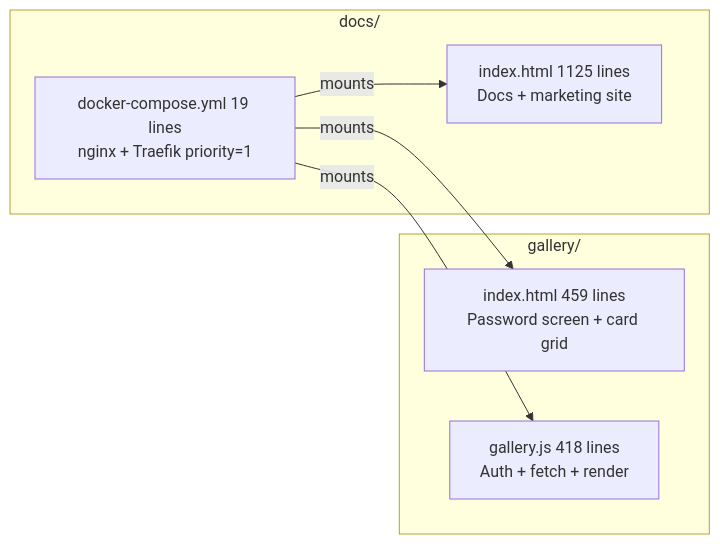
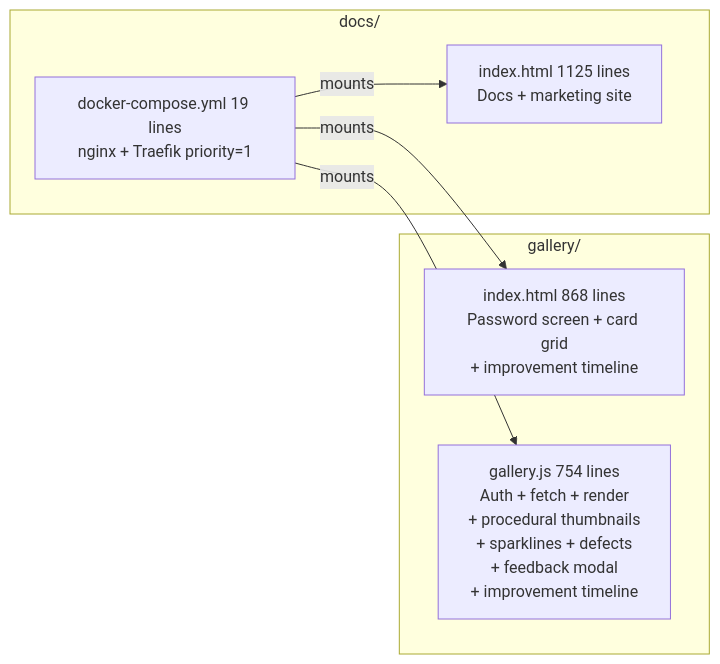
Before and after one commit to J-Gierend/gamePocGen: the eighth of 10 diagrams in AI/document/01-file-map.md, drawn with Mermaid. The commit also changed other lines of this file and 5 other files, not shown here.

````diff
--- a/AI/document/01-file-map.md
+++ b/AI/document/01-file-map.md
@@ -145,16 +173,16 @@
 ```mermaid
 graph LR
     subgraph "docs/"
         DDC["docker-compose.yml 19 lines\nnginx + Traefik priority=1"]
         DIX["index.html 1125 lines\nDocs + marketing site"]
     end
 
     subgraph "gallery/"
-        GIX["index.html 459 lines\nPassword screen + card grid"]
-        GJS["gallery.js 418 lines\nAuth + fetch + render"]
+        GIX["index.html 868 lines\nPassword screen + card grid\n+ improvement timeline"]
+        GJS["gallery.js 754 lines\nAuth + fetch + render\n+ procedural thumbnails\n+ sparklines + defects\n+ feedback modal\n+ improvement timeline"]
     end
 
     DDC -->|"mounts"| DIX
     DDC -->|"mounts"| GIX
     DDC -->|"mounts"| GJS
 ```
````
